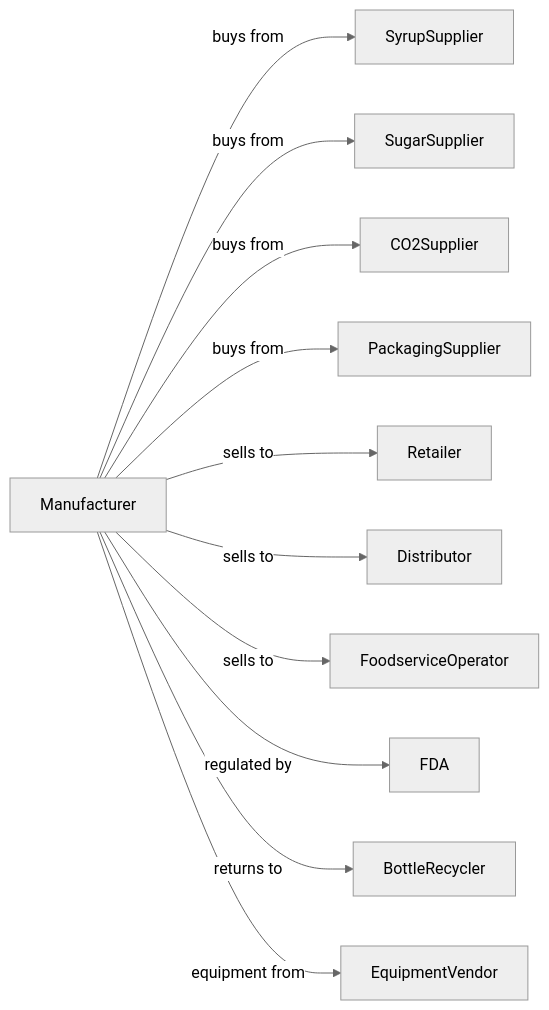
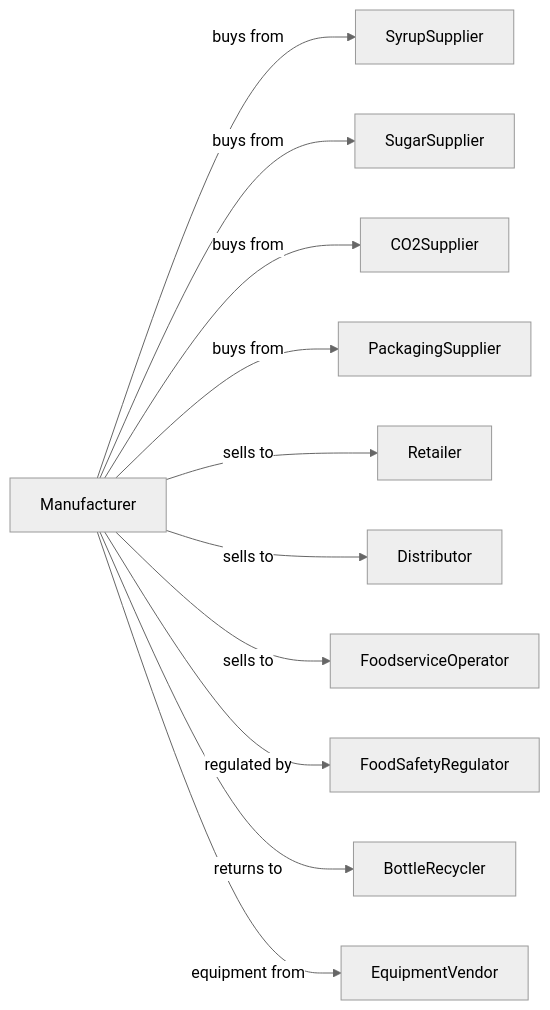
One commit to dot-org-ai/industries.org.ai changed the second of 2 diagrams in Manufacturing/BeverageAndTobaccoProductManufacturing/BeverageManufacturing/SoftDrinkManufacturing.mdx. Above: the diagram before and after it, drawn with Mermaid (neutral theme). The commit also changed other lines of this file and 639 other files, not shown here.

````diff
--- a/Manufacturing/BeverageAndTobaccoProductManufacturing/BeverageManufacturing/SoftDrinkManufacturing.mdx
+++ b/Manufacturing/BeverageAndTobaccoProductManufacturing/BeverageManufacturing/SoftDrinkManufacturing.mdx
@@ -140,15 +140,15 @@
 ```mermaid
 graph LR
     M[Manufacturer]
 
     M -->|buys from| SyrupSupplier
     M -->|buys from| SugarSupplier
     M -->|buys from| CO2Supplier
     M -->|buys from| PackagingSupplier
     M -->|sells to| Retailer
     M -->|sells to| Distributor
     M -->|sells to| FoodserviceOperator
-    M -->|regulated by| FDA
+    M -->|regulated by| FoodSafetyRegulator
     M -->|returns to| BottleRecycler
     M -->|equipment from| EquipmentVendor
 ```
````
